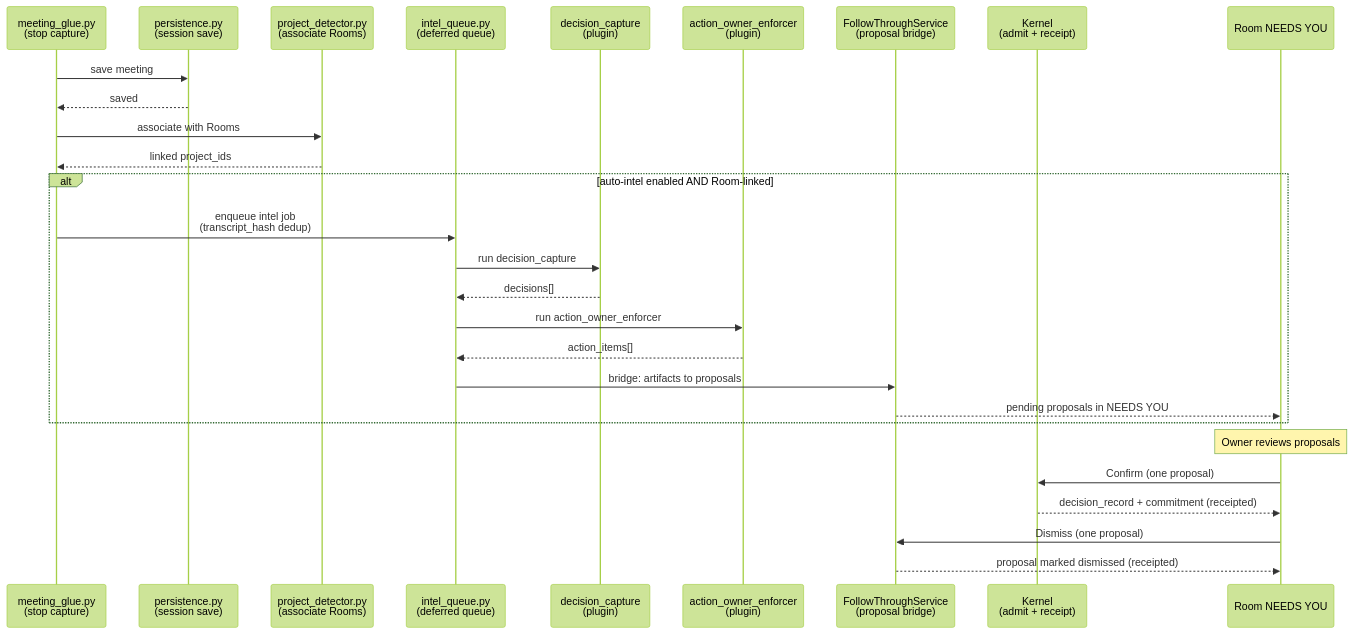
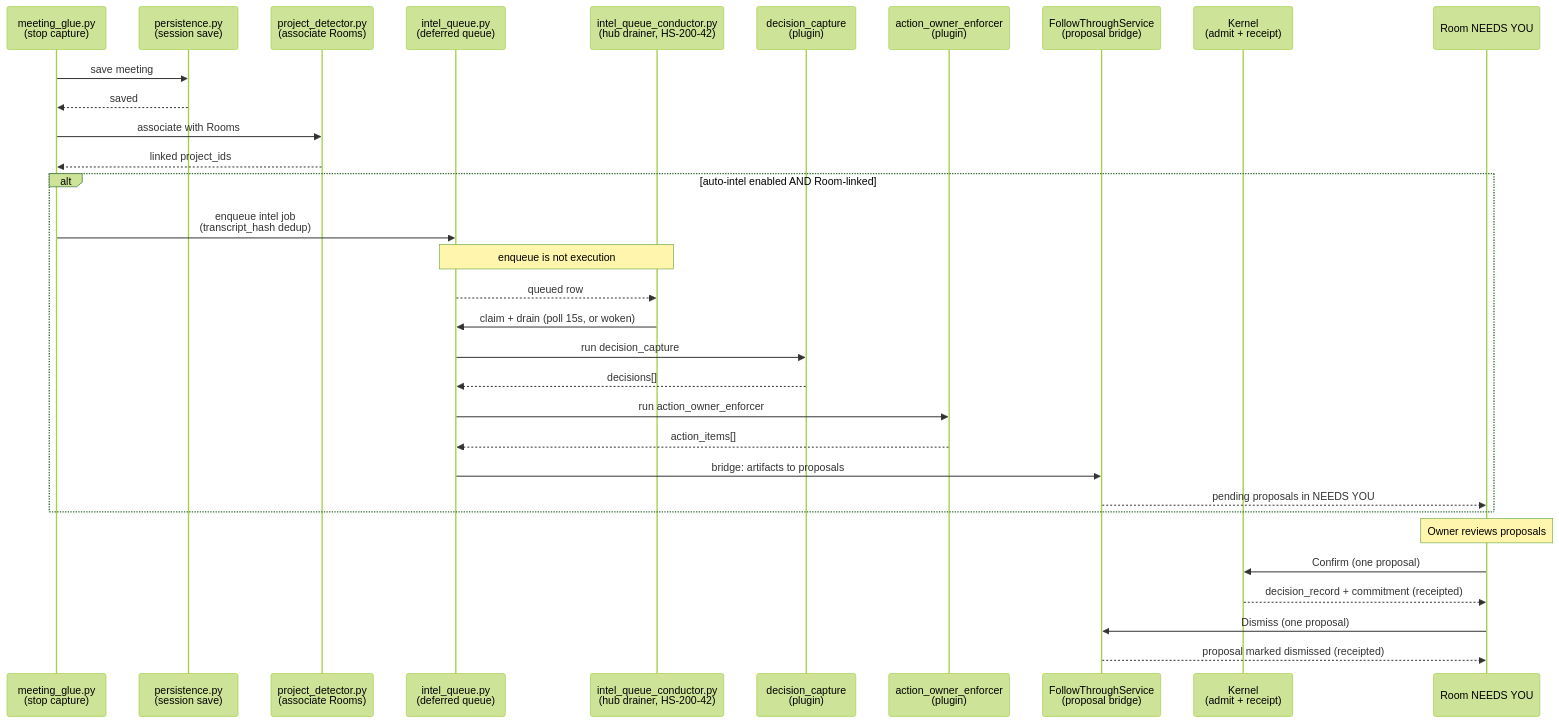
One commit to karolswdev/HoldSpeak changed the seventh of 16 diagrams in docs/ARCHITECTURE.md. Above: the diagram before and after it, drawn with Mermaid (forest theme). The commit also changed other lines of this file and 47 other files, not shown here.

````diff
--- a/docs/ARCHITECTURE.md
+++ b/docs/ARCHITECTURE.md
@@ -485,31 +485,35 @@
 ```mermaid
 sequenceDiagram
   participant MG as meeting_glue.py<br/>(stop capture)
   participant PS as persistence.py<br/>(session save)
   participant PD as project_detector.py<br/>(associate Rooms)
   participant IQ as intel_queue.py<br/>(deferred queue)
+  participant DR as intel_queue_conductor.py<br/>(hub drainer, HS-200-42)
   participant DC as decision_capture<br/>(plugin)
   participant AO as action_owner_enforcer<br/>(plugin)
   participant FT as FollowThroughService<br/>(proposal bridge)
   participant KO as Kernel<br/>(admit + receipt)
   participant UI as Room NEEDS YOU
 
   MG->>PS: save meeting
   PS-->>MG: saved
   MG->>PD: associate with Rooms
   PD-->>MG: linked project_ids
   alt auto-intel enabled AND Room-linked
     MG->>IQ: enqueue intel job<br/>(transcript_hash dedup)
+    Note over IQ,DR: enqueue is not execution
+    IQ-->>DR: queued row
+    DR->>IQ: claim + drain (poll 15s, or woken)
     IQ->>DC: run decision_capture
     DC-->>IQ: decisions[]
     IQ->>AO: run action_owner_enforcer
     AO-->>IQ: action_items[]
     IQ->>FT: bridge: artifacts to proposals
     FT-->>UI: pending proposals in NEEDS YOU
   end
   Note over UI: Owner reviews proposals
   UI->>KO: Confirm (one proposal)
   KO-->>UI: decision_record + commitment (receipted)
   UI->>FT: Dismiss (one proposal)
   FT-->>UI: proposal marked dismissed (receipted)
 ```
````
